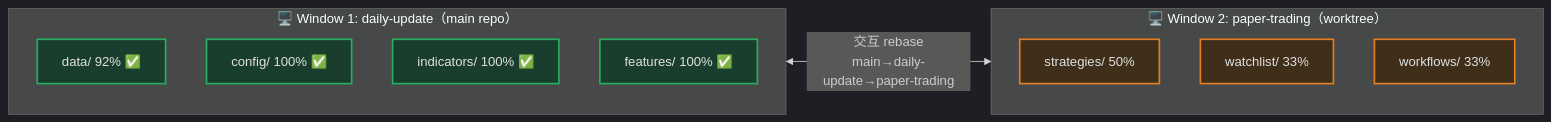
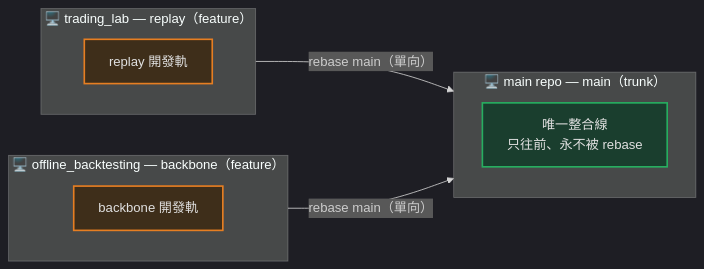
One commit to ChiahungTai/ai-rules changed the third of 6 diagrams in ai-analysis/reports/solo-ai-dev-workflow-圖解說明.md. Above: the diagram before and after it, drawn with Mermaid. The commit also changed other lines of this file and 3 other files, not shown here.

First line of the commit message:
docs(rebase): 改 trunk-based 模型（feature onto trunk，trunk 永不被 rebase）

````diff
--- a/ai-analysis/reports/solo-ai-dev-workflow-圖解說明.md
+++ b/ai-analysis/reports/solo-ai-dev-workflow-圖解說明.md
@@ -98,23 +98,21 @@
 ```mermaid
 %%{init: {'theme': 'dark'}}%%
 flowchart LR
-    classDef stable fill:#1a3e2e,stroke:#27ae60,color:#e0e0e0,stroke-width:2px
-    classDef frontier fill:#3e2e1a,stroke:#e67e22,color:#e0e0e0,stroke-width:2px
+    classDef trunk fill:#1a3e2e,stroke:#27ae60,color:#e0e0e0,stroke-width:2px
+    classDef feature fill:#3e2e1a,stroke:#e67e22,color:#e0e0e0,stroke-width:2px
 
-    subgraph WT1["🖥️ Window 1: daily-update（main repo）"]
-        direction TB
-        W1A["data/ 92% ✅"]:::stable
-        W1B["config/ 100% ✅"]:::stable
-        W1C["indicators/ 100% ✅"]:::stable
-        W1D["features/ 100% ✅"]:::stable
+    subgraph WT0["🖥️ main repo — main（trunk）"]
+        T0["唯一整合線<br/>只往前、永不被 rebase"]:::trunk
     end
 
-    subgraph WT2["🖥️ Window 2: paper-trading（worktree）"]
-        direction TB
-        W2A["strategies/ 50%"]:::frontier
-        W2B["watchlist/ 33%"]:::frontier
-        W2C["workflows/ 33%"]:::frontier
+    subgraph WT1["🖥️ trading_lab — replay（feature）"]
+        F1["replay 開發軌"]:::feature
     end
 
-    WT1 <-->|"交互 rebase<br/>main→daily-update→paper-trading"| WT2
+    subgraph WT2["🖥️ offline_backtesting — backbone（feature）"]
+        F2["backbone 開發軌"]:::feature
+    end
+
+    WT1 -->|"rebase main（單向）"| WT0
+    WT2 -->|"rebase main（單向）"| WT0
 ```
````
